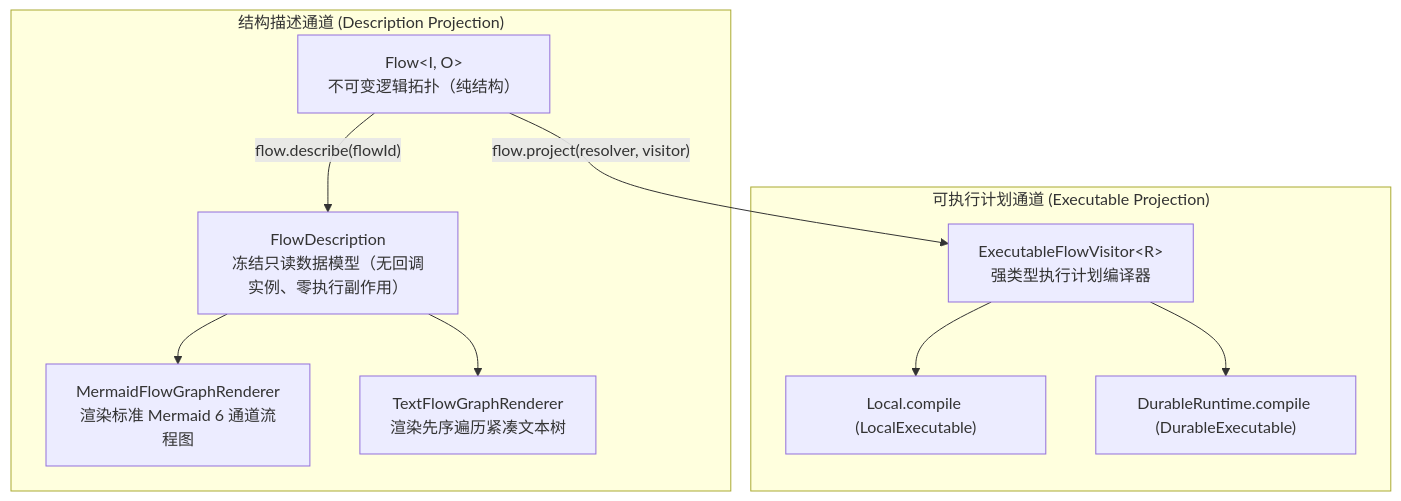
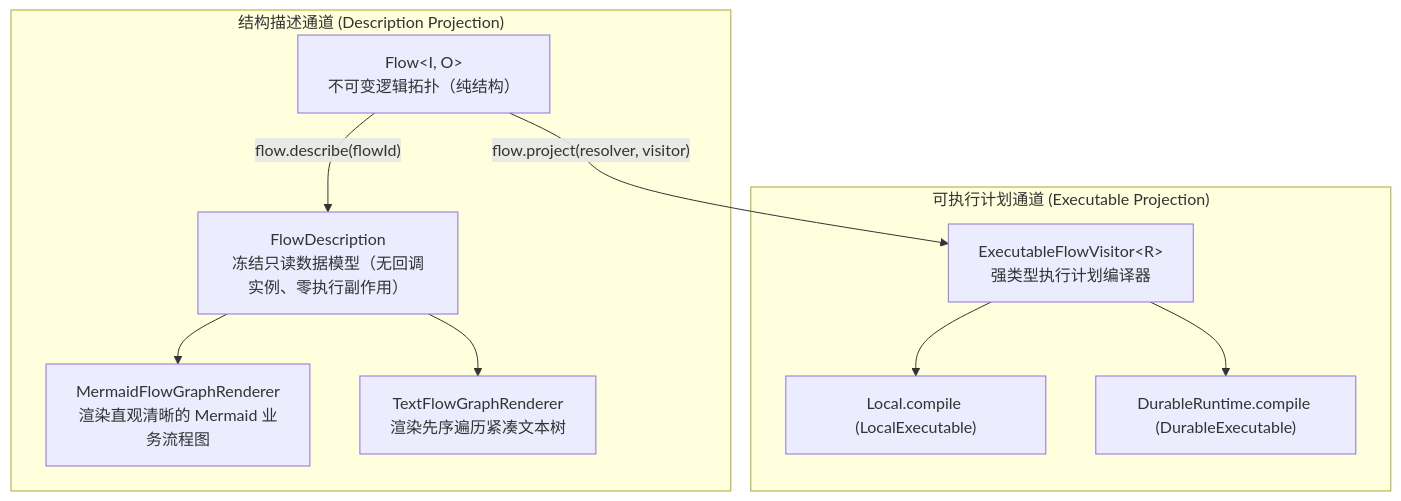
Before and after one commit to team4u/team4u-framework: the first of 2 diagrams in docs/flow/flow-graph.md, drawn with Mermaid. The commit also changed other lines of this file and 3 other files, not shown here.

Commit message:
refactor(flow-graph): redesign Mermaid renderer for human-readable intuitive workflow diagrams

````diff
--- a/docs/flow/flow-graph.md
+++ b/docs/flow/flow-graph.md
@@ -24,16 +24,16 @@
 ```mermaid
 graph TD
     F["Flow&lt;I, O&gt;<br/>不可变逻辑拓扑（纯结构）"]
     
     subgraph "结构描述通道 (Description Projection)"
         F -->|"flow.describe(flowId)"| FD["FlowDescription<br/>冻结只读数据模型（无回调实例、零执行副作用）"]
-        FD --> MM["MermaidFlowGraphRenderer<br/>渲染标准 Mermaid 6 通道流程图"]
+        FD --> MM["MermaidFlowGraphRenderer<br/>渲染直观清晰的 Mermaid 业务流程图"]
         FD --> TX["TextFlowGraphRenderer<br/>渲染先序遍历紧凑文本树"]
     end
 
     subgraph "可执行计划通道 (Executable Projection)"
         F -->|"flow.project(resolver, visitor)"| PE["ExecutableFlowVisitor&lt;R&gt;<br/>强类型执行计划编译器"]
         PE --> L["Local.compile (LocalExecutable)"]
         PE --> D["DurableRuntime.compile (DurableExecutable)"]
     end
 ```
````
